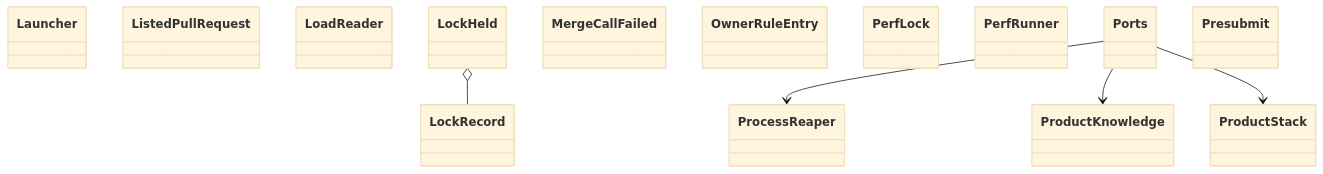
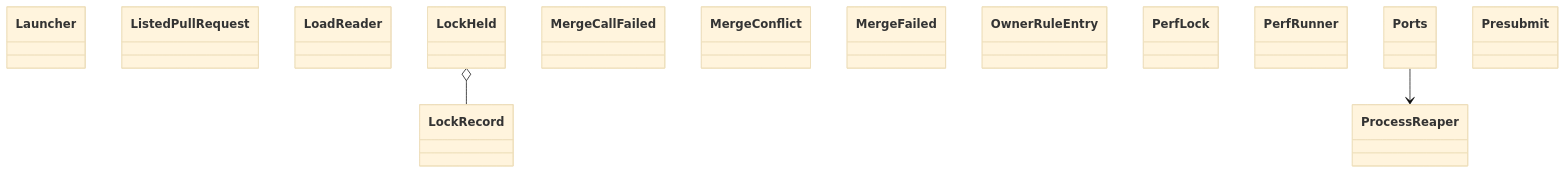
The diagram in docs/architecture/generated/classes-process-application-support-3.md (GonzaloZevallos/agentic-system), drawn with Mermaid (base theme) before and after one commit. The commit also changed other lines of this file and 18 other files, not shown here.

First line of the commit message:
Record shape of a git-found conflict and a recorded input for merge_conflicts_from

````diff
--- a/docs/architecture/generated/classes-process-application-support-3.md
+++ b/docs/architecture/generated/classes-process-application-support-3.md
@@ -16,21 +16,19 @@
 ```mermaid
 classDiagram
     class ports__Launcher["Launcher"]
     class ports__ListedPullRequest["ListedPullRequest"]
     class ports__LoadReader["LoadReader"]
     class ports__LockHeld["LockHeld"]
     class ports__LockRecord["LockRecord"]
     class ports__MergeCallFailed["MergeCallFailed"]
+    class ports__MergeConflict["MergeConflict"]
+    class ports__MergeFailed["MergeFailed"]
     class ports__OwnerRuleEntry["OwnerRuleEntry"]
     class ports__PerfLock["PerfLock"]
     class ports__PerfRunner["PerfRunner"]
     class ports__Ports["Ports"]
     class ports__Presubmit["Presubmit"]
     class ports__ProcessReaper["ProcessReaper"]
-    class ports__ProductKnowledge["ProductKnowledge"]
-    class ports__ProductStack["ProductStack"]
     ports__LockHeld o-- ports__LockRecord
     ports__Ports --> ports__ProcessReaper
-    ports__Ports --> ports__ProductKnowledge
-    ports__Ports --> ports__ProductStack
 ```
````
